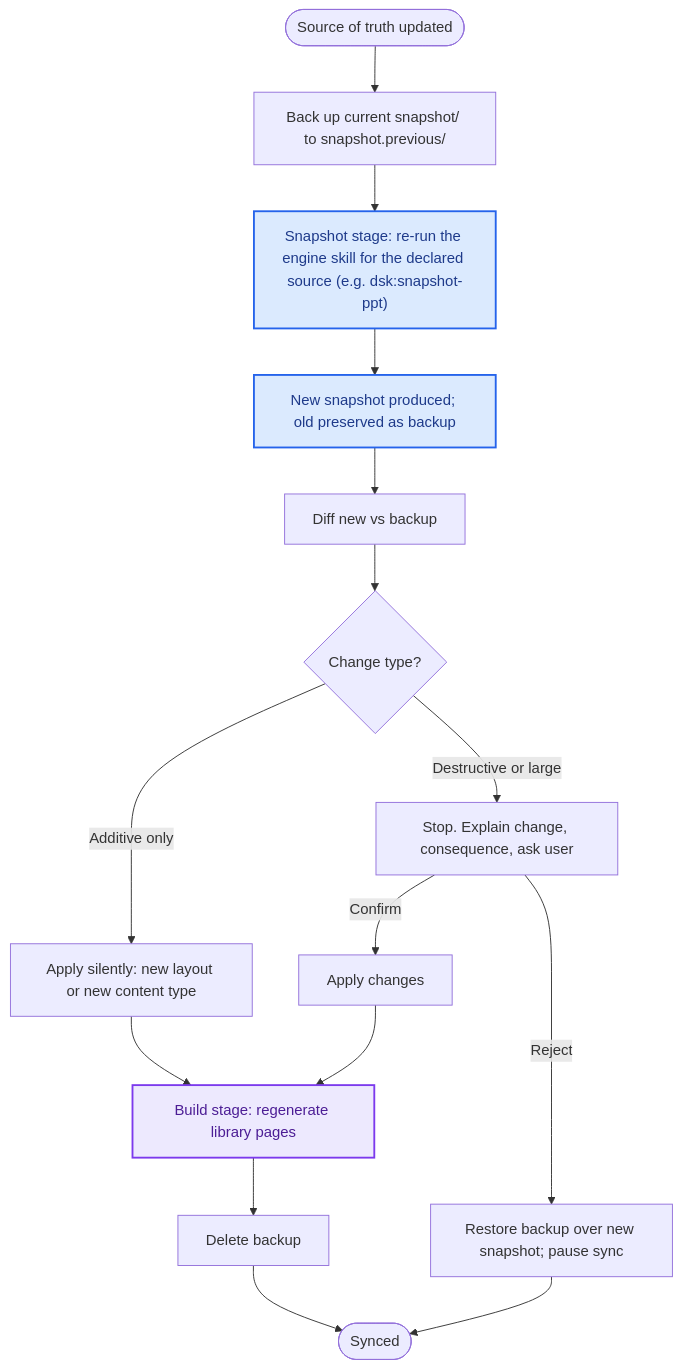
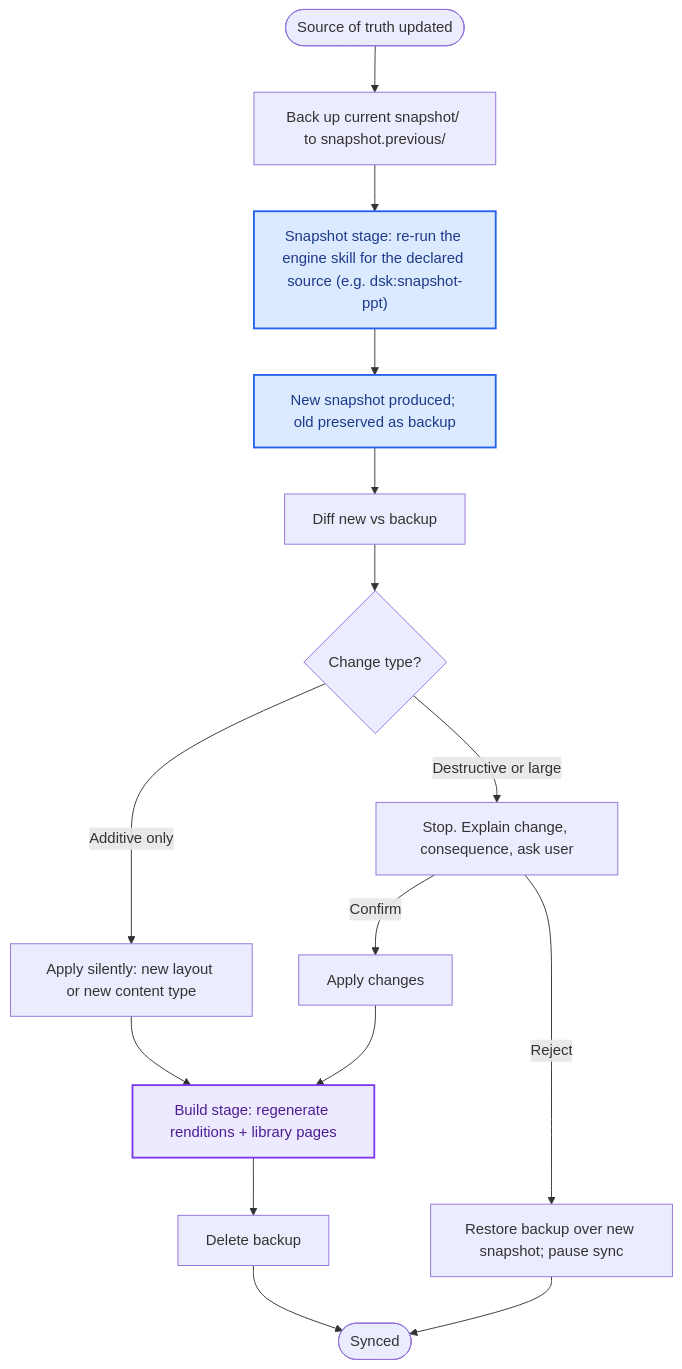
The fourth of 4 diagrams in dsk/skills/context/lifecycles.md (dawid-dahl-umain/design-system-kernel), drawn with Mermaid before and after one commit. The commit also changed other lines of this file and 7 other files, not shown here.

Commit message:
Introduce renditions as a first-class build output: web-rendered layouts/examples reused by compose, with pause-for-design-system input when no design system is available (bump 0.2.0)

````diff
--- a/dsk/skills/context/lifecycles.md
+++ b/dsk/skills/context/lifecycles.md
@@ -129,22 +137,22 @@
 ```mermaid
 flowchart TD
     SourceChanged([Source of truth updated]) --> Backup["Back up current snapshot/ to snapshot.previous/"]
     Backup --> ReSnapshot["Snapshot stage: re-run the engine skill for the declared source (e.g. dsk:snapshot-ppt)"]
     ReSnapshot --> NewSnapshot[New snapshot produced; old preserved as backup]
     NewSnapshot --> Diff[Diff new vs backup]
     Diff --> Classify{Change type?}
     Classify -->|Additive only| AutoApply[Apply silently: new layout or new content type]
     Classify -->|Destructive or large| AskUser[Stop. Explain change, consequence, ask user]
     AskUser -->|Confirm| Apply[Apply changes]
     AskUser -->|Reject| Rollback[Restore backup over new snapshot; pause sync]
-    AutoApply --> RegenArtifacts["Build stage: regenerate library pages"]
+    AutoApply --> RegenArtifacts["Build stage: regenerate renditions + library pages"]
     Apply --> RegenArtifacts
     RegenArtifacts --> Cleanup[Delete backup]
     Cleanup --> Done([Synced])
     Rollback --> Done
 
     classDef snapshotStage fill:#dbeafe,stroke:#2563eb,stroke-width:2px,color:#1e3a8a
     classDef buildStage    fill:#ede9fe,stroke:#7c3aed,stroke-width:2px,color:#4c1d95
     class ReSnapshot,NewSnapshot snapshotStage
     class RegenArtifacts buildStage
 ```
````
